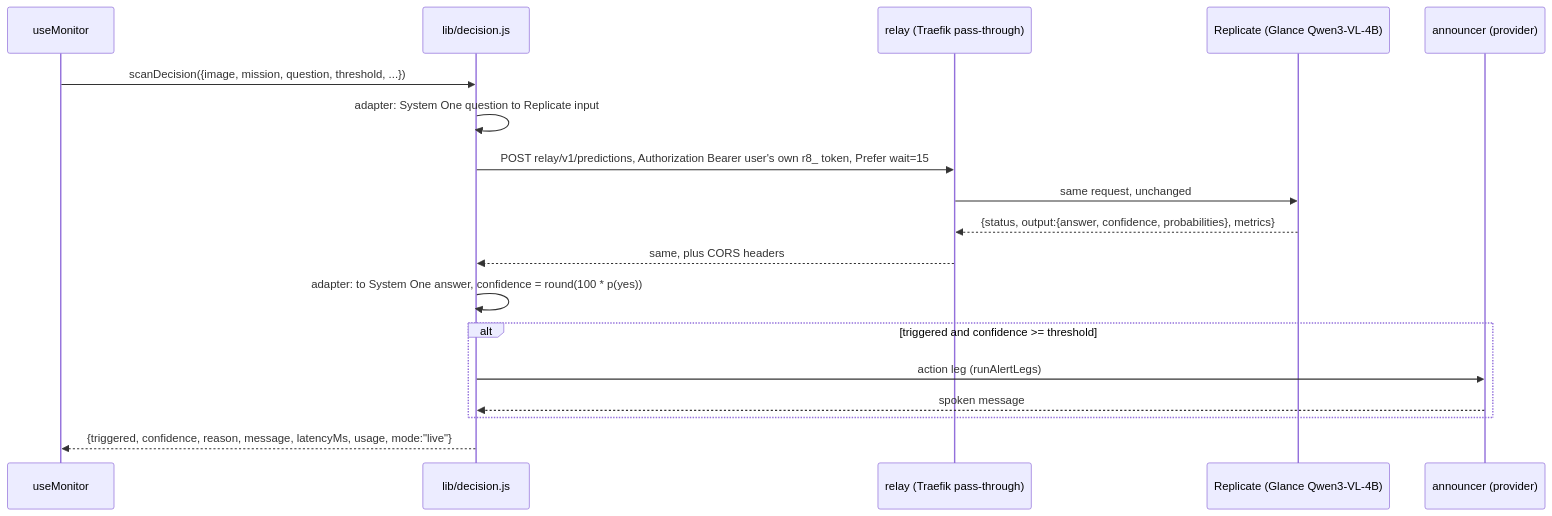
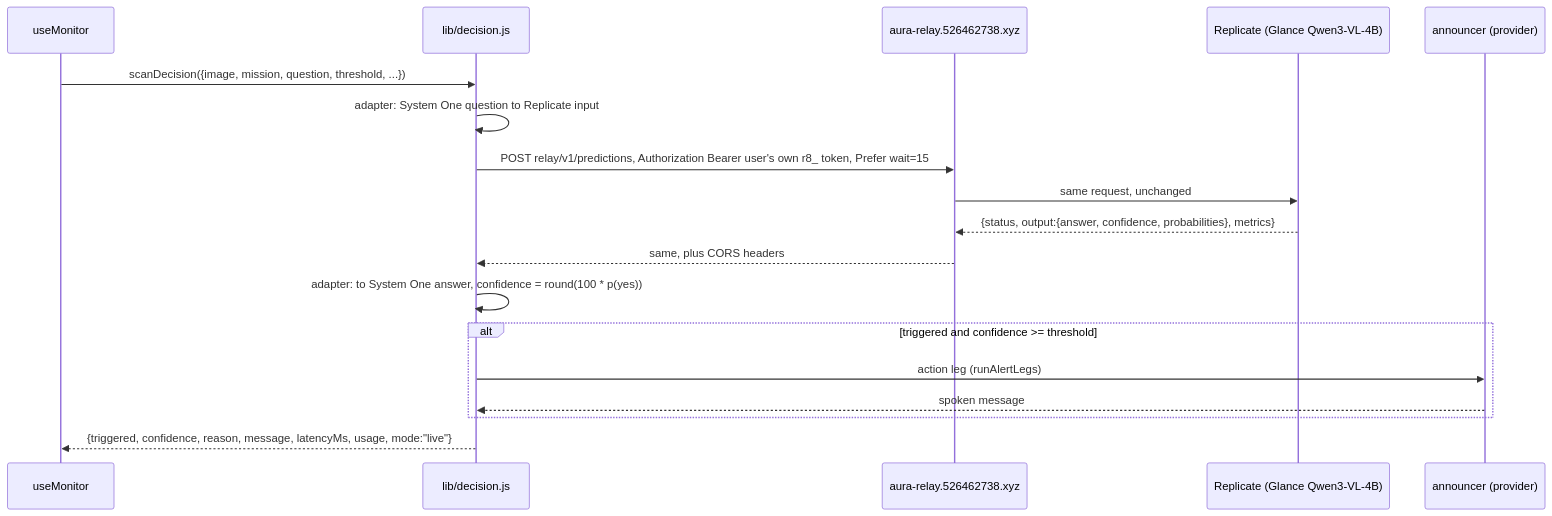
The second of 2 diagrams in docs/PRD-decision-engine.md (barakplasma/Aura), drawn with Mermaid before and after one commit. The commit also changed other lines of this file, not shown here.

First line of the commit message:
docs(prd): aura-relay.526462738.xyz as a homelab-manifests chart; where each model runs

````diff
--- a/docs/PRD-decision-engine.md
+++ b/docs/PRD-decision-engine.md
@@ -182,21 +183,21 @@
 ```mermaid
 sequenceDiagram
   participant M as useMonitor
   participant D as lib/decision.js
-  participant C as relay (Traefik pass-through)
+  participant C as aura-relay.526462738.xyz
   participant R as Replicate (Glance Qwen3-VL-4B)
   participant P as announcer (provider)
 
   M->>D: scanDecision({image, mission, question, threshold, ...})
   D->>D: adapter: System One question to Replicate input
   D->>C: POST relay/v1/predictions, Authorization Bearer user's own r8_ token, Prefer wait=15
   C->>R: same request, unchanged
   R-->>C: {status, output:{answer, confidence, probabilities}, metrics}
   C-->>D: same, plus CORS headers
   D->>D: adapter: to System One answer, confidence = round(100 * p(yes))
   alt triggered and confidence >= threshold
     D->>P: action leg (runAlertLegs)
     P-->>D: spoken message
   end
   D-->>M: {triggered, confidence, reason, message, latencyMs, usage, mode:"live"}
 ```
````
